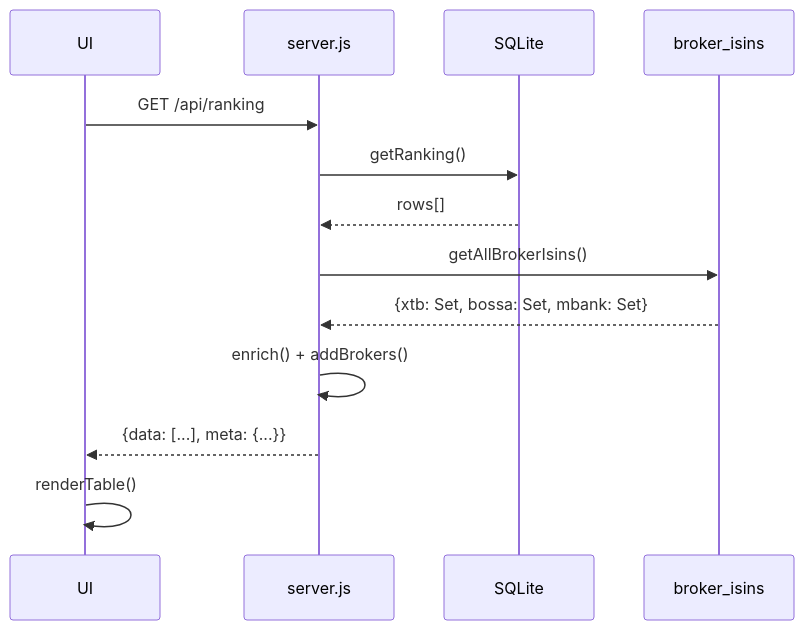
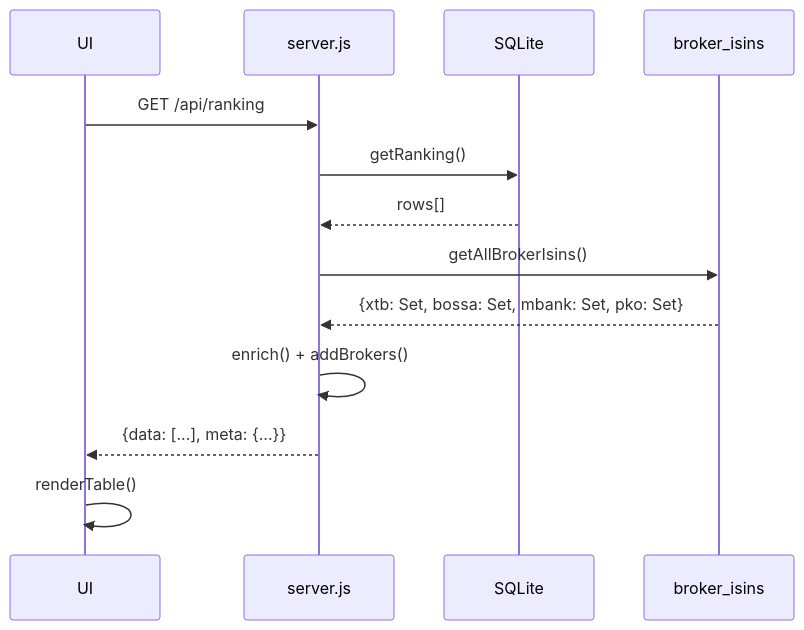
Before and after one commit to konjas/momentum: the third of 3 diagrams in README.md, drawn with Mermaid. The commit also changed other lines of this file and 4 other files, not shown here.

````diff
--- a/README.md
+++ b/README.md
@@ -116,16 +118,16 @@
 ```mermaid
 sequenceDiagram
     participant UI
     participant API as server.js
     participant DB as SQLite
     participant Broker as broker_isins
 
     UI->>API: GET /api/ranking
     API->>DB: getRanking()
     DB-->>API: rows[]
     API->>Broker: getAllBrokerIsins()
-    Broker-->>API: {xtb: Set, bossa: Set, mbank: Set}
+    Broker-->>API: {xtb: Set, bossa: Set, mbank: Set, pko: Set}
     API->>API: enrich() + addBrokers()
     API-->>UI: {data: [...], meta: {...}}
     UI->>UI: renderTable()
 ```
````
